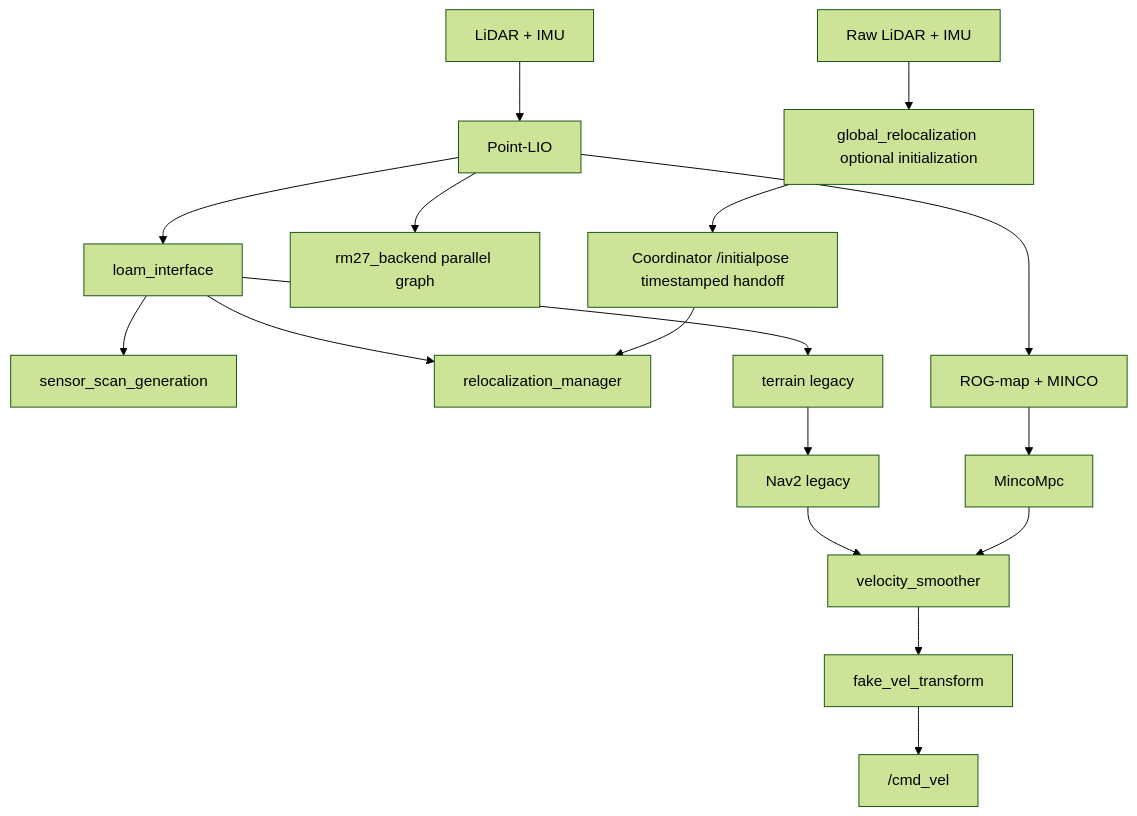
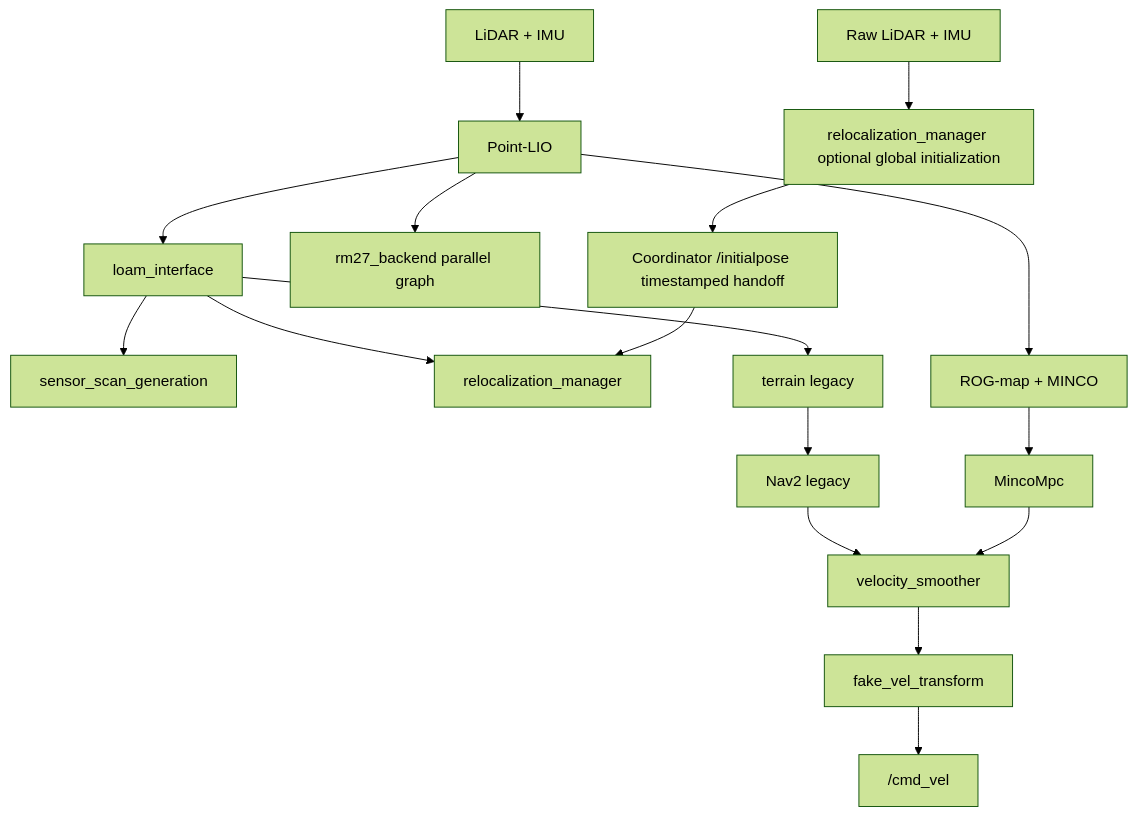
One commit to PnX-HKUSTGZ/sentry_navgation_RM27 changed the diagram in README_en.md. Above: the diagram before and after it, drawn with Mermaid (forest theme). The commit also changed other lines of this file and 78 other files, not shown here.

````diff
--- a/README_en.md
+++ b/README_en.md
@@ -43,19 +43,19 @@
 ```mermaid
 flowchart TD
   L[LiDAR + IMU] --> P[Point-LIO]
   P --> I[loam_interface]
   I --> S[sensor_scan_generation]
   I --> R[relocalization_manager]
   P --> B[rm27_backend parallel graph]
-  RAW[Raw LiDAR + IMU] --> G[global_relocalization optional initialization]
+  RAW[Raw LiDAR + IMU] --> G[relocalization_manager optional global initialization]
   G --> H[Coordinator /initialpose timestamped handoff]
   H --> R
   I --> T[terrain legacy]
   P --> M[ROG-map + MINCO]
   T --> N[Nav2 legacy]
   M --> C[MincoMpc]
   N --> V[velocity_smoother]
   C --> V
   V --> F[fake_vel_transform]
   F --> CMD["/cmd_vel"]
 ```
````
